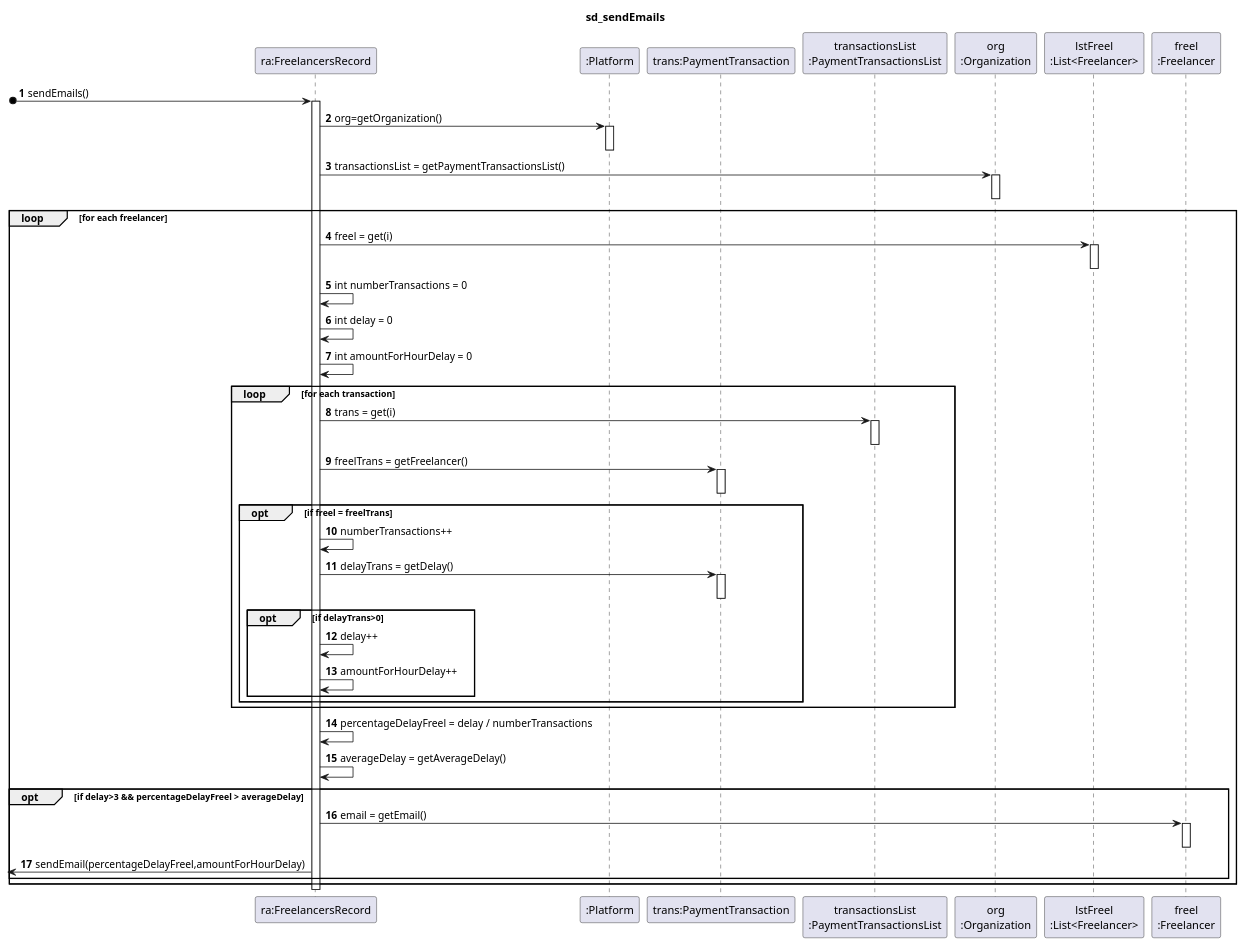
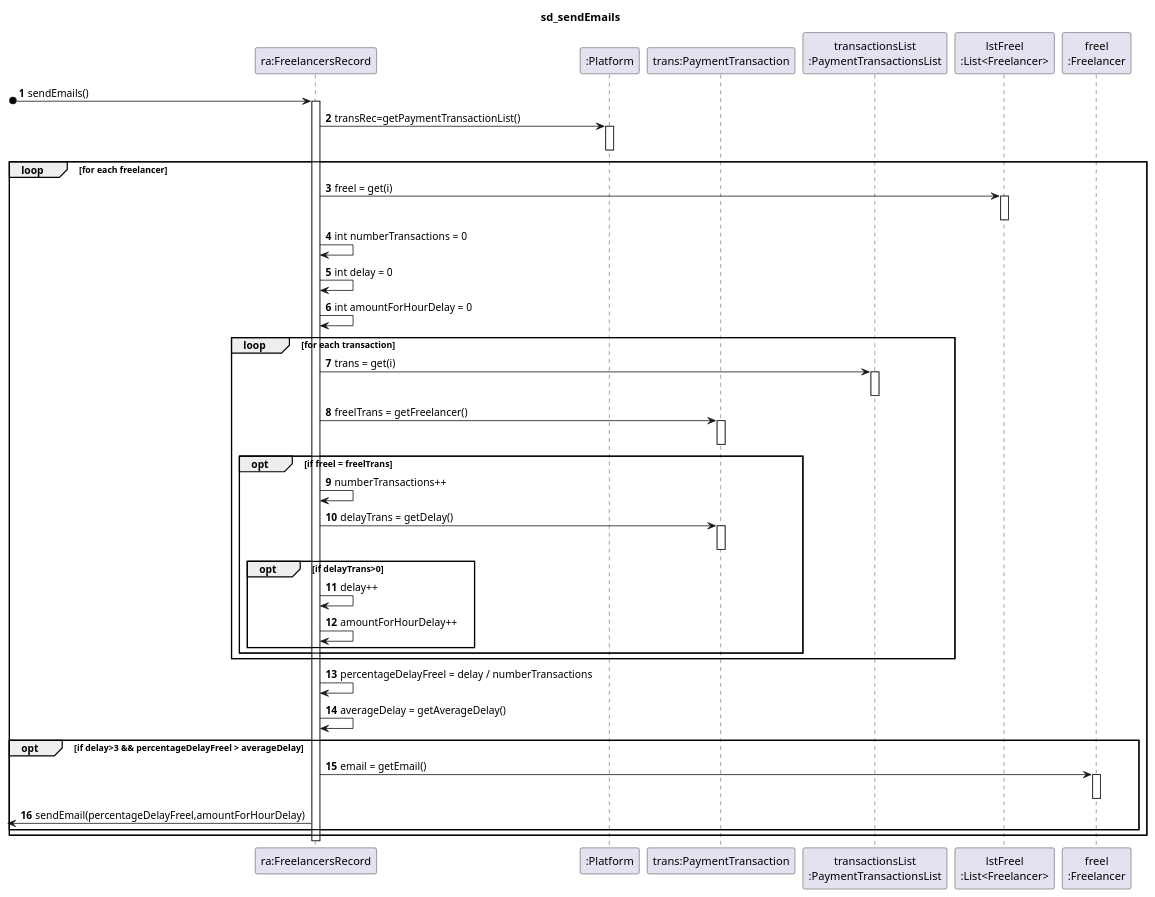
Before and after one commit to pedrolemos4/LAPR2: the diagram in docs/UC10 - Notify delayed freelancers (automatically)/UC10_SD2.puml, drawn with PlantUML. The commit also changed 1 other file, not shown here.

```diff
--- a/docs/UC10 - Notify delayed freelancers (automatically)/UC10_SD2.puml
+++ b/docs/UC10 - Notify delayed freelancers (automatically)/UC10_SD2.puml
@@ -1,77 +1,72 @@
 @startuml
 autonumber
 
 title sd_sendEmails
 participant "ra:FreelancersRecord" as RA
 participant ":Platform" as PLAT
 participant "trans:PaymentTransaction" as PT
 participant "transactionsList\n:PaymentTransactionsList" as LPT
-participant "org\n:Organization" as ORG
 participant "lstFreel\n:List<Freelancer>" as LF
 participant "freel\n:Freelancer" as FREEL
 
 [o-> RA : sendEmails()
 activate RA
   
-RA -> PLAT : org=getOrganization()
+RA -> PLAT : transRec=getPaymentTransactionList()
 activate PLAT
 deactivate PLAT
-
-RA -> ORG : transactionsList = getPaymentTransactionsList()
-activate ORG
-deactivate ORG
   
 LOOP for each freelancer
   
 RA -> LF : freel = get(i)
 activate LF
 deactivate LF
   
 RA -> RA : int numberTransactions = 0
 RA -> RA : int delay = 0
 RA -> RA : int amountForHourDelay = 0
   
 LOOP for each transaction
   
 RA -> LPT : trans = get(i)
 activate LPT
 deactivate LPT
   
 RA -> PT : freelTrans = getFreelancer()
 activate PT
 deactivate PT
   
 OPT if freel = freelTrans
   
 RA -> RA : numberTransactions++
   
 RA -> PT : delayTrans = getDelay()
 activate PT
 deactivate PT
   
 OPT if delayTrans>0
   
 RA -> RA : delay++
 RA -> RA : amountForHourDelay++
   
 end OPT
 end OPT  
 end LOOP
   
 RA -> RA : percentageDelayFreel = delay / numberTransactions
 RA -> RA : averageDelay = getAverageDelay()
   
 OPT if delay>3 && percentageDelayFreel > averageDelay
   
 RA -> FREEL : email = getEmail()
 activate FREEL
 deactivate FREEL
   
 [<- RA : sendEmail(percentageDelayFreel,amountForHourDelay)
   
 end OPT  
 end LOOP
 deactivate RA
   
   
 @enduml
```
